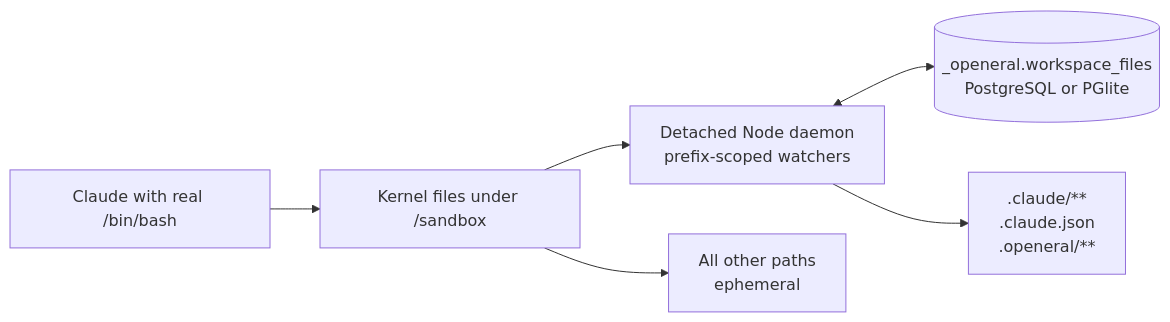
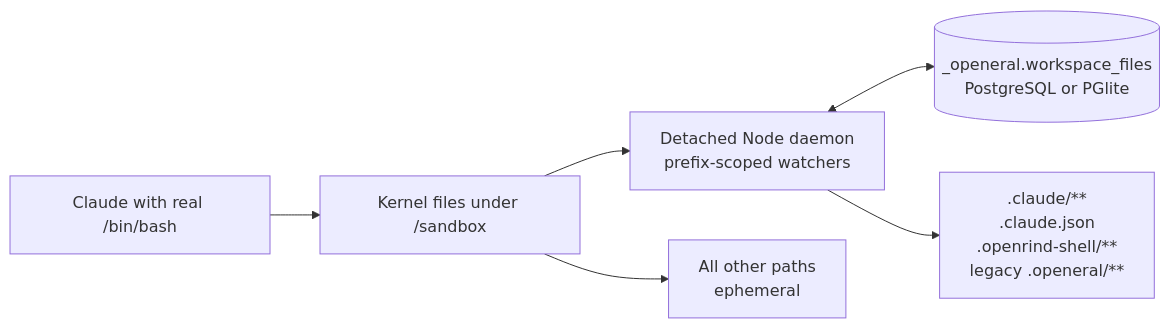
Before and after one commit to Pavitra-programmers/openeral: the fourth of 5 diagrams in ARCHITECTURE.md, drawn with Mermaid. The commit also changed other lines of this file and 73 other files, not shown here.

````diff
--- a/ARCHITECTURE.md
+++ b/ARCHITECTURE.md
@@ -168,8 +177,8 @@
 ```mermaid
 flowchart LR
   shell["Claude with real /bin/bash"] --> disk["Kernel files under /sandbox"]
   disk --> watcher["Detached Node daemon<br/>prefix-scoped watchers"]
   watcher <--> rows[("_openeral.workspace_files<br/>PostgreSQL or PGlite")]
-  watcher --> included[".claude/**<br/>.claude.json<br/>.openeral/**"]
+  watcher --> included[".claude/**<br/>.claude.json<br/>.openrind-shell/**<br/>legacy .openeral/**"]
   disk --> excluded["All other paths<br/>ephemeral"]
 ```
````
